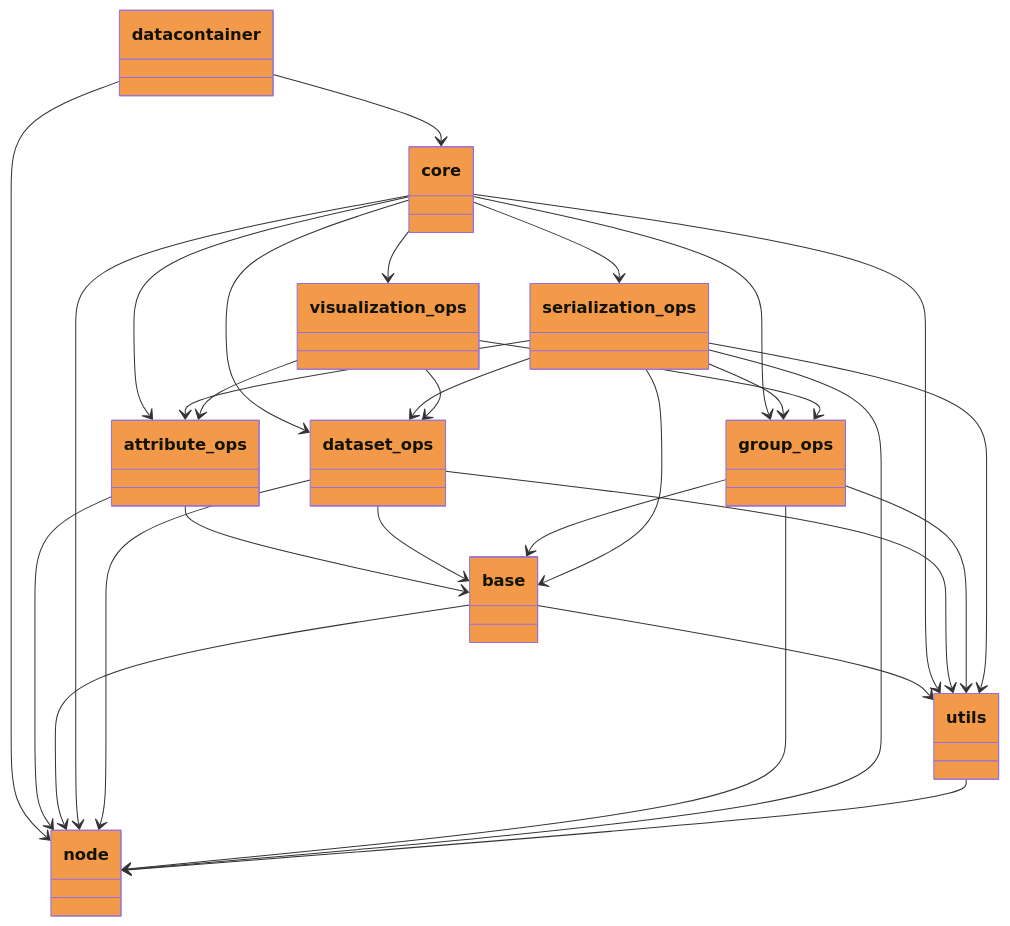
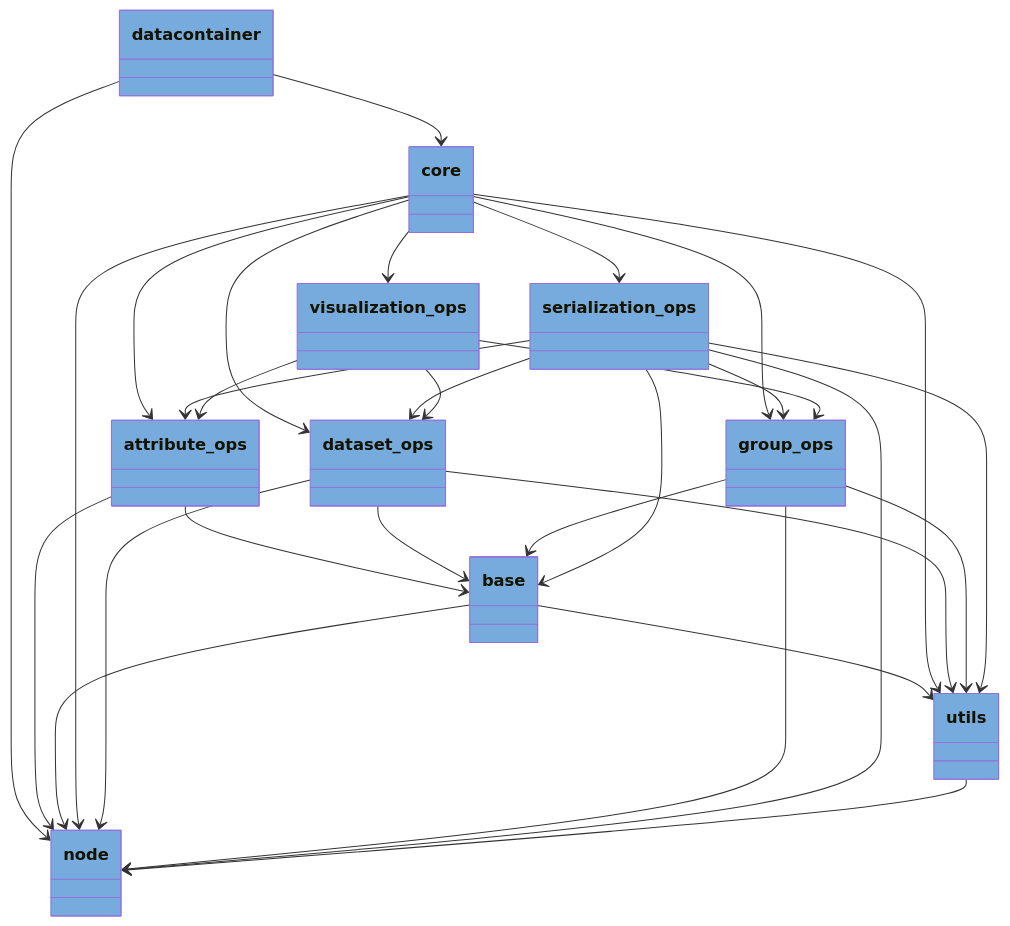
Before and after one commit to voidsy-gmbh/pyThermoNDT: the diagram in docs/pyreverse/mermaid/packages_pythermondt.data.datacontainer.mmd, drawn with Mermaid. The commit also changed 59 other files, not shown here.

Commit message:
Update mermaid diagrams

```diff
--- a/docs/pyreverse/mermaid/packages_pythermondt.data.datacontainer.mmd
+++ b/docs/pyreverse/mermaid/packages_pythermondt.data.datacontainer.mmd
@@ -1,60 +1,60 @@
 classDiagram
   class datacontainer {
   }
-  style datacontainer fill:#F2994A
+  style datacontainer fill:#77AADD
   class attribute_ops {
   }
-  style attribute_ops fill:#F2994A
+  style attribute_ops fill:#77AADD
   class base {
   }
-  style base fill:#F2994A
+  style base fill:#77AADD
   class core {
   }
-  style core fill:#F2994A
+  style core fill:#77AADD
   class dataset_ops {
   }
-  style dataset_ops fill:#F2994A
+  style dataset_ops fill:#77AADD
   class group_ops {
   }
-  style group_ops fill:#F2994A
+  style group_ops fill:#77AADD
   class node {
   }
-  style node fill:#F2994A
+  style node fill:#77AADD
   class serialization_ops {
   }
-  style serialization_ops fill:#F2994A
+  style serialization_ops fill:#77AADD
   class utils {
   }
-  style utils fill:#F2994A
+  style utils fill:#77AADD
   class visualization_ops {
   }
-  style visualization_ops fill:#F2994A
+  style visualization_ops fill:#77AADD
   datacontainer --> core
   datacontainer --> node
   attribute_ops --> base
   attribute_ops --> node
   base --> node
   base --> utils
   core --> attribute_ops
   core --> dataset_ops
   core --> group_ops
   core --> node
   core --> serialization_ops
   core --> utils
   core --> visualization_ops
   dataset_ops --> base
   dataset_ops --> node
   dataset_ops --> utils
   group_ops --> base
   group_ops --> node
   group_ops --> utils
   serialization_ops --> attribute_ops
   serialization_ops --> base
   serialization_ops --> dataset_ops
   serialization_ops --> group_ops
   serialization_ops --> node
   serialization_ops --> utils
   utils --> node
   visualization_ops --> attribute_ops
   visualization_ops --> dataset_ops
   visualization_ops --> group_ops
```
